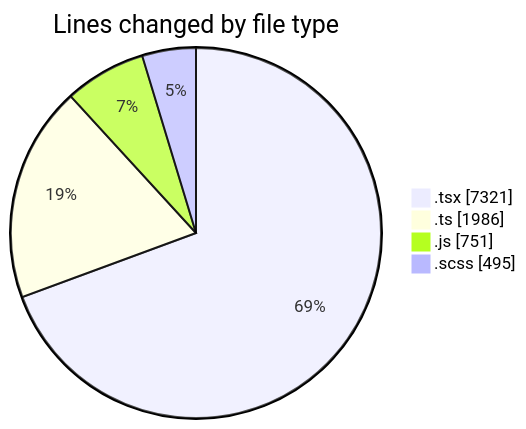
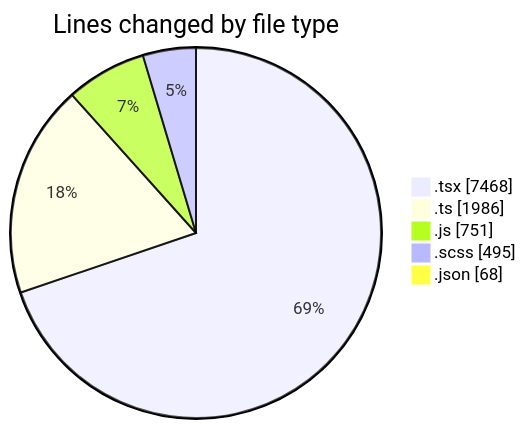
One commit to momahboobian/code-tracking changed the first of 2 diagrams in 2026-06-10/cda/README.md. Above: the diagram before and after it, drawn with Mermaid. The commit also changed other lines of this file and 1 other file, not shown here.

````diff
--- a/2026-06-10/cda/README.md
+++ b/2026-06-10/cda/README.md
@@ -62,8 +64,9 @@
 ```mermaid
 pie showData
 title Lines changed by file type
-".tsx" : 7321
+".tsx" : 7468
 ".ts" : 1986
 ".js" : 751
 ".scss" : 495
+".json" : 68
 ```
````
